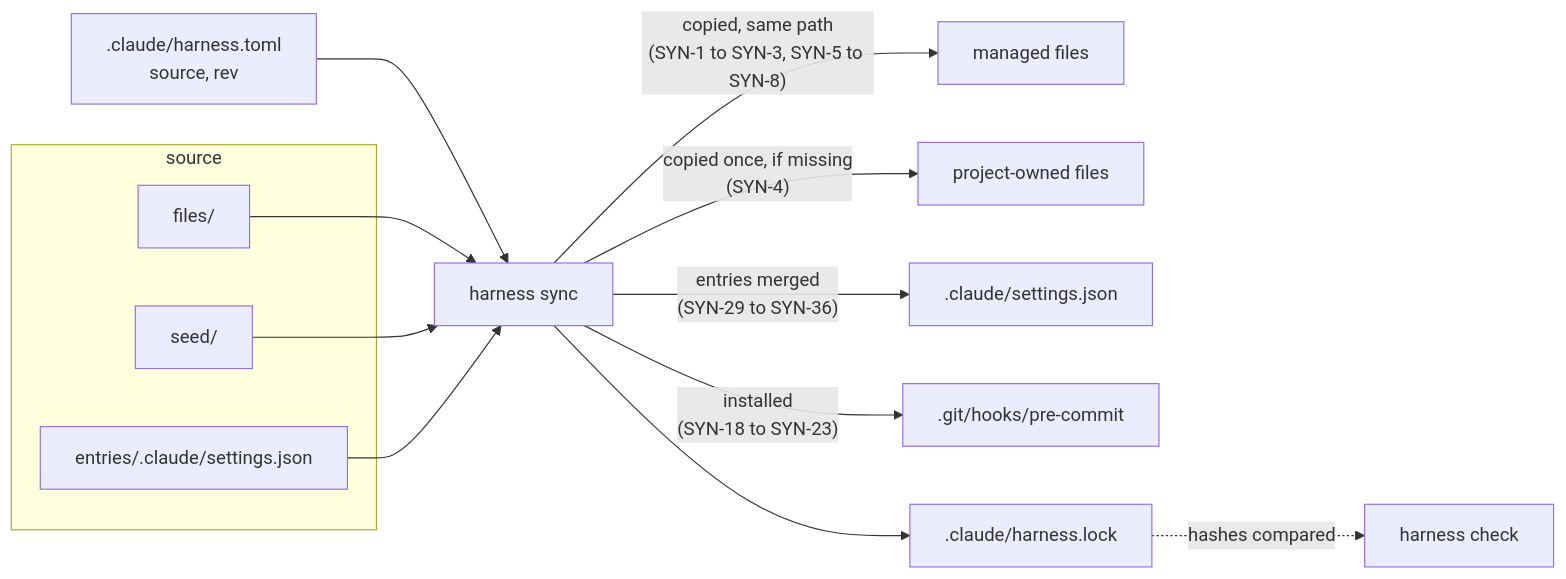
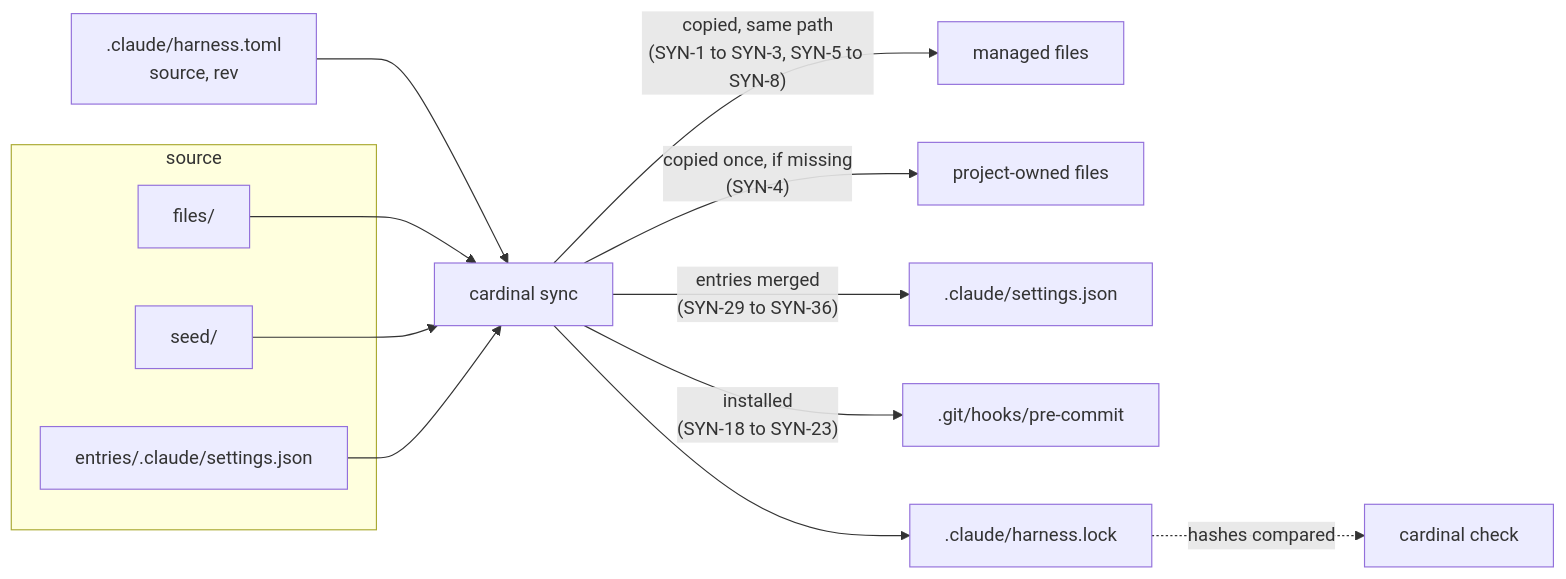
Before and after one commit to Electron-libre/agent-harness: the first of 4 diagrams in docs/architecture.md, drawn with Mermaid. The commit also changed other lines of this file and 73 other files, not shown here.

````diff
--- a/docs/architecture.md
+++ b/docs/architecture.md
@@ -9,18 +9,18 @@
 ```mermaid
 flowchart LR
-  toml[".claude/harness.toml<br/>source, rev"] --> sync["harness sync"]
+  toml[".claude/harness.toml<br/>source, rev"] --> sync["cardinal sync"]
   subgraph source
     files["files/"]
     seed["seed/"]
     entries["entries/.claude/settings.json"]
   end
   files --> sync
   seed --> sync
   entries --> sync
   sync -->|"copied, same path<br/>(SYN-1 to SYN-3, SYN-5 to SYN-8)"| managed["managed files"]
   sync -->|"copied once, if missing<br/>(SYN-4)"| owned["project-owned files"]
   sync -->|"entries merged<br/>(SYN-29 to SYN-36)"| settings[".claude/settings.json"]
   sync -->|"installed<br/>(SYN-18 to SYN-23)"| gate[".git/hooks/pre-commit"]
   sync --> lock[".claude/harness.lock"]
-  lock -.->|hashes compared| check["harness check"]
+  lock -.->|hashes compared| check["cardinal check"]
 ```
````
